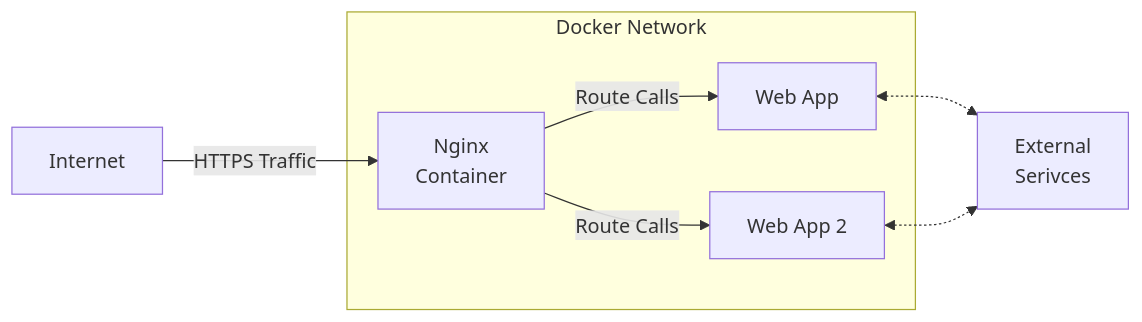
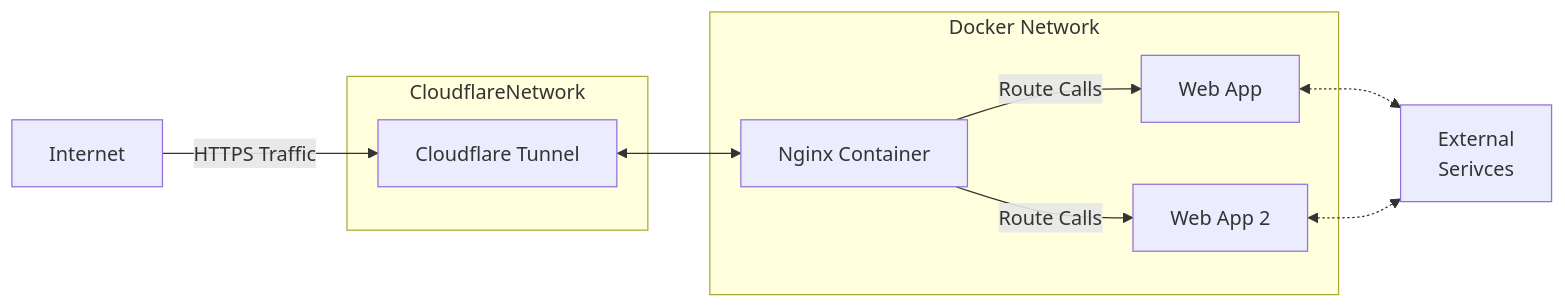
One commit to Takobz/first-pi-web-app changed the diagram in ReadME.md. Above: the diagram before and after it, drawn with Mermaid. The commit also changed 1 other file, not shown here.

Commit message:
docs: remove ssh tailscale + update main diagram to add cf component

````diff
--- a/ReadME.md
+++ b/ReadME.md
@@ -7,12 +7,18 @@
 ```mermaid
 flowchart LR
-    A[Internet] -- HTTPS Traffic --> B[Nginx <br/> Container]
+    A[Internet] -- HTTPS Traffic --> F
+
+    subgraph CloudflareNetwork
+        F[Cloudflare Tunnel] 
+    end
+
+        F <--> B[Nginx Container]
 
     subgraph Docker Network
         B -- Route Calls --> C[Web App]
         B -- Route Calls --> D[Web App 2]
     end
 
     C <-.-> E[External <br/> Serivces]
     D <-.-> E
 ```
````
